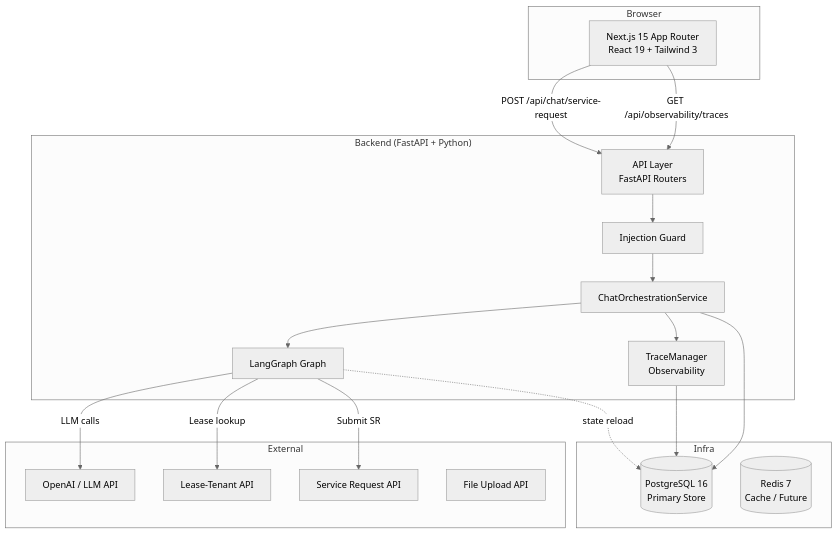
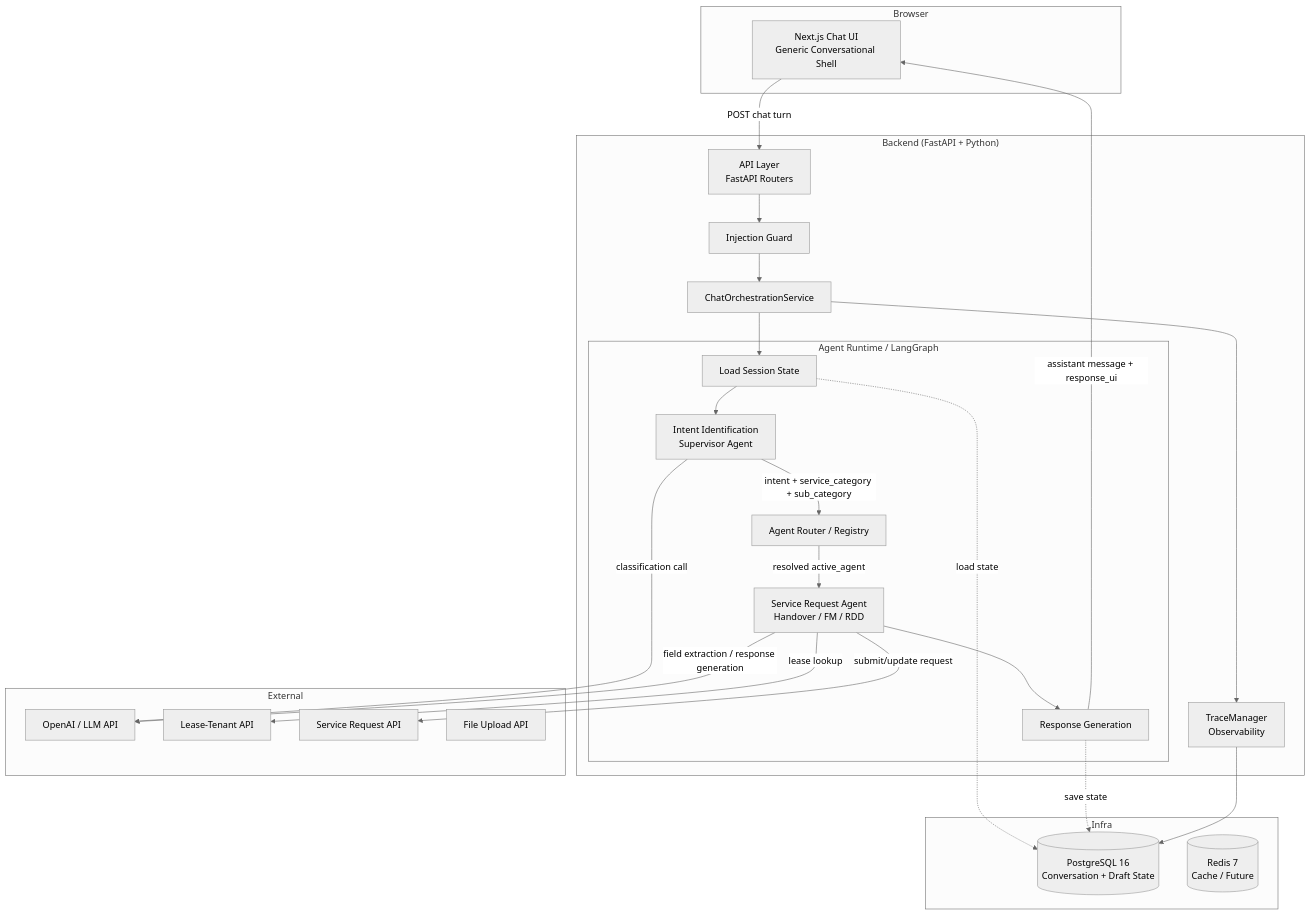
One commit to swa01wk/Cenomi-RDD-Chatbot changed the first of 6 diagrams in service-request-chatbot/docs/architecture.md. Above: the diagram before and after it, drawn with Mermaid (neutral theme). The commit also changed other lines of this file and 1 other file, not shown here.

Commit message:
Updated arch and agent-design docs

````diff
--- a/service-request-chatbot/docs/architecture.md
+++ b/service-request-chatbot/docs/architecture.md
@@ -7,39 +7,54 @@
 ```mermaid
 graph TB
     subgraph Browser
-        FE[Next.js 15 App Router<br/>React 19 + Tailwind 3]
+        FE[Next.js Chat UI<br/>Generic Conversational Shell]
     end
 
     subgraph Backend["Backend (FastAPI + Python)"]
         API[API Layer<br/>FastAPI Routers]
+        GUARD[Injection Guard]
         ORCH[ChatOrchestrationService]
-        GUARD[Injection Guard]
-        GRAPH[LangGraph Graph]
+
+        subgraph Runtime["Agent Runtime / LangGraph"]
+            LOAD[Load Session State]
+            INTENT[Intent Identification<br/>Supervisor Agent]
+            ROUTER[Agent Router / Registry]
+            SR_AGENT[Service Request Agent<br/>Handover / FM / RDD]
+            RESP[Response Generation]
+        end
+
         OBS[TraceManager<br/>Observability]
     end
 
     subgraph Infra
-        PG[(PostgreSQL 16<br/>Primary Store)]
+        PG[(PostgreSQL 16<br/>Conversation + Draft State)]
         REDIS[(Redis 7<br/>Cache / Future)]
     end
 
     subgraph External
         LLM[OpenAI / LLM API]
         LEASE[Lease-Tenant API]
         SR[Service Request API]
         UPLOAD[File Upload API]
     end
 
-    FE -->|POST /api/chat/service-request| API
-    FE -->|GET /api/observability/traces| API
+    FE -->|POST chat turn| API
     API --> GUARD
     GUARD --> ORCH
-    ORCH --> GRAPH
-    GRAPH -->|LLM calls| LLM
-    GRAPH -->|Lease lookup| LEASE
-    GRAPH -->|Submit SR| SR
+    ORCH --> LOAD
+    LOAD --> INTENT
+    INTENT -->|intent + service_category + sub_category| ROUTER
+    ROUTER -->|resolved active_agent| SR_AGENT
+    SR_AGENT --> RESP
+    RESP -->|assistant message + response_ui| FE
+
+    INTENT -->|classification call| LLM
+    SR_AGENT -->|field extraction / response generation| LLM
+    SR_AGENT -->|lease lookup| LEASE
+    SR_AGENT -->|submit/update request| SR
+
+    LOAD -.->|load state| PG
+    RESP -.->|save state| PG
     ORCH --> OBS
     OBS --> PG
-    ORCH --> PG
-    GRAPH -.->|state reload| PG
 ```
````
